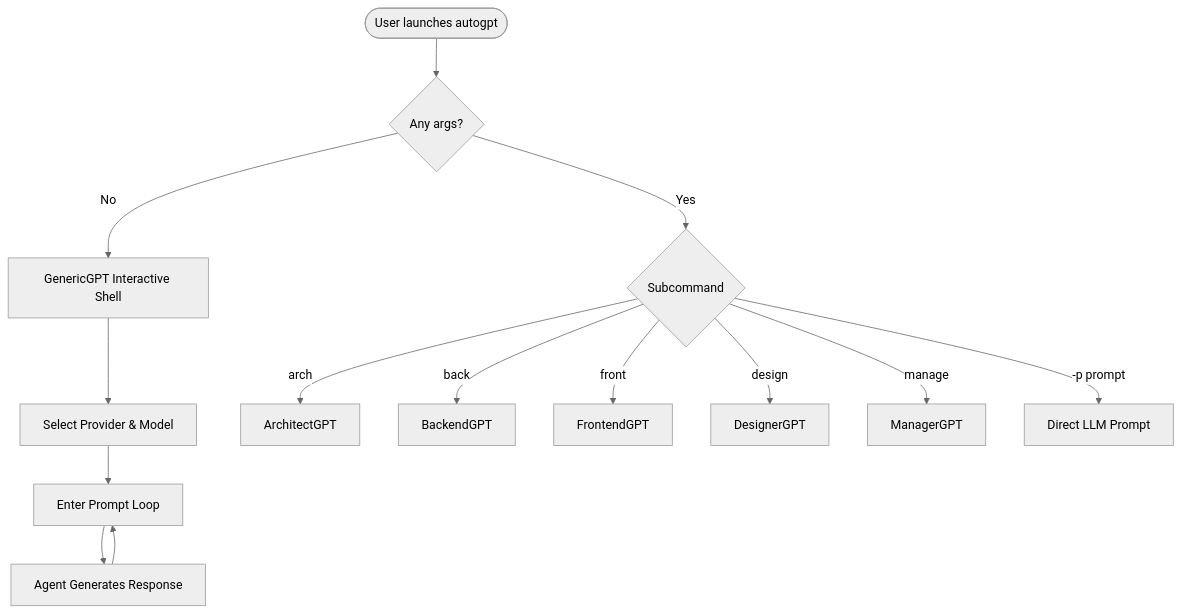
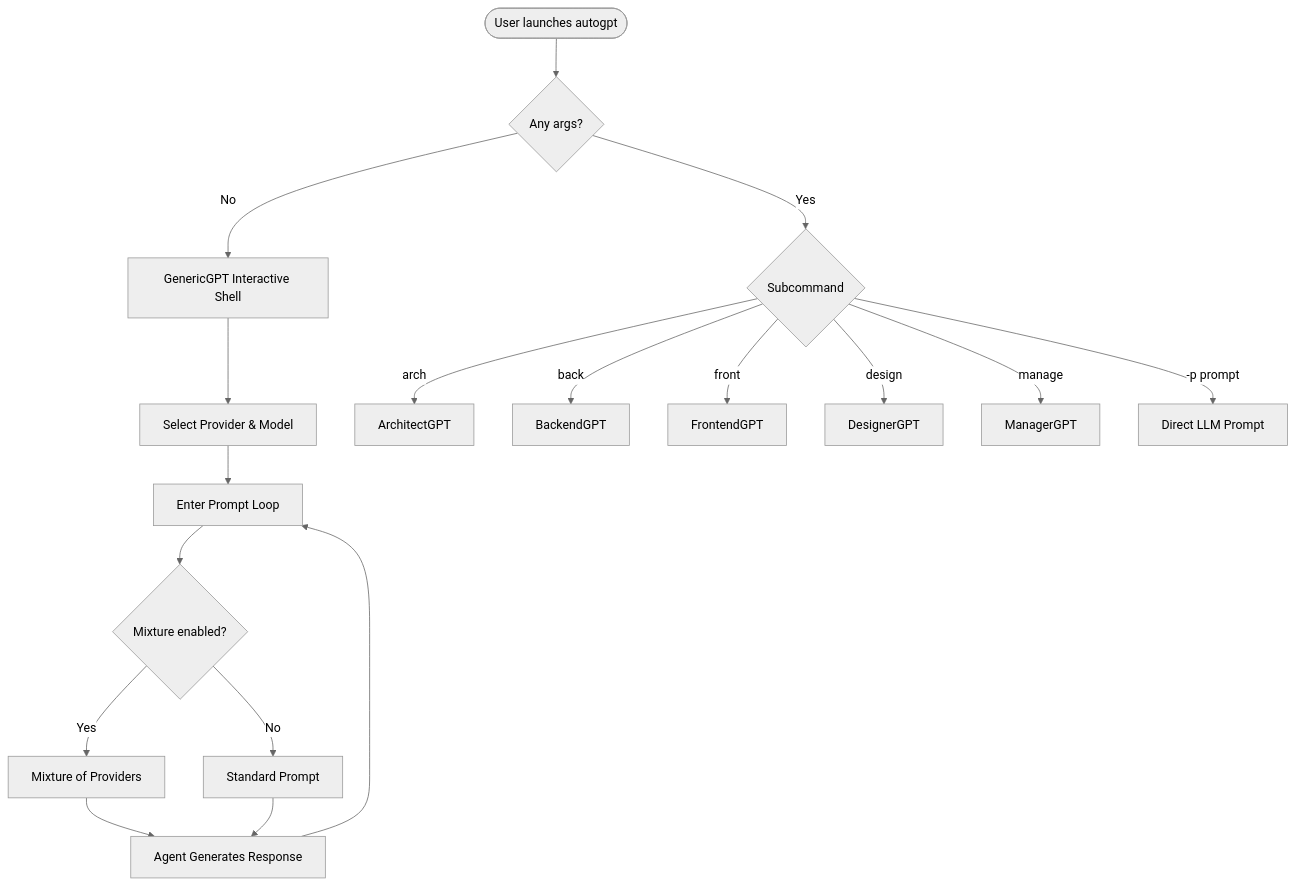
The second of 4 diagrams in README.md (wiseaidotdev/autogpt), drawn with Mermaid (neutral theme) before and after one commit. The commit also changed other lines of this file and 21 other files, not shown here.

````diff
--- a/README.md
+++ b/README.md
@@ -163,16 +180,19 @@
 ```mermaid
 flowchart TD
     A([User launches autogpt]) --> B{Any args?}
     B -- No --> C[GenericGPT Interactive Shell]
     B -- Yes --> D{Subcommand}
     C --> E[Select Provider & Model]
     E --> F[Enter Prompt Loop]
-    F --> G[Agent Generates Response]
-    G --> F
-    D -- arch --> H[ArchitectGPT]
-    D -- back --> I[BackendGPT]
-    D -- front --> J[FrontendGPT]
-    D -- design --> K[DesignerGPT]
-    D -- manage --> L[ManagerGPT]
-    D -- -p prompt --> M[Direct LLM Prompt]
+    F --> G{Mixture enabled?}
+    G -- Yes --> H[Mixture of Providers]
+    G -- No --> I[Standard Prompt]
+    H & I --> J[Agent Generates Response]
+    J --> F
+    D -- arch --> K[ArchitectGPT]
+    D -- back --> L[BackendGPT]
+    D -- front --> M[FrontendGPT]
+    D -- design --> N[DesignerGPT]
+    D -- manage --> O[ManagerGPT]
+    D -- -p prompt --> P[Direct LLM Prompt]
 ```
````
